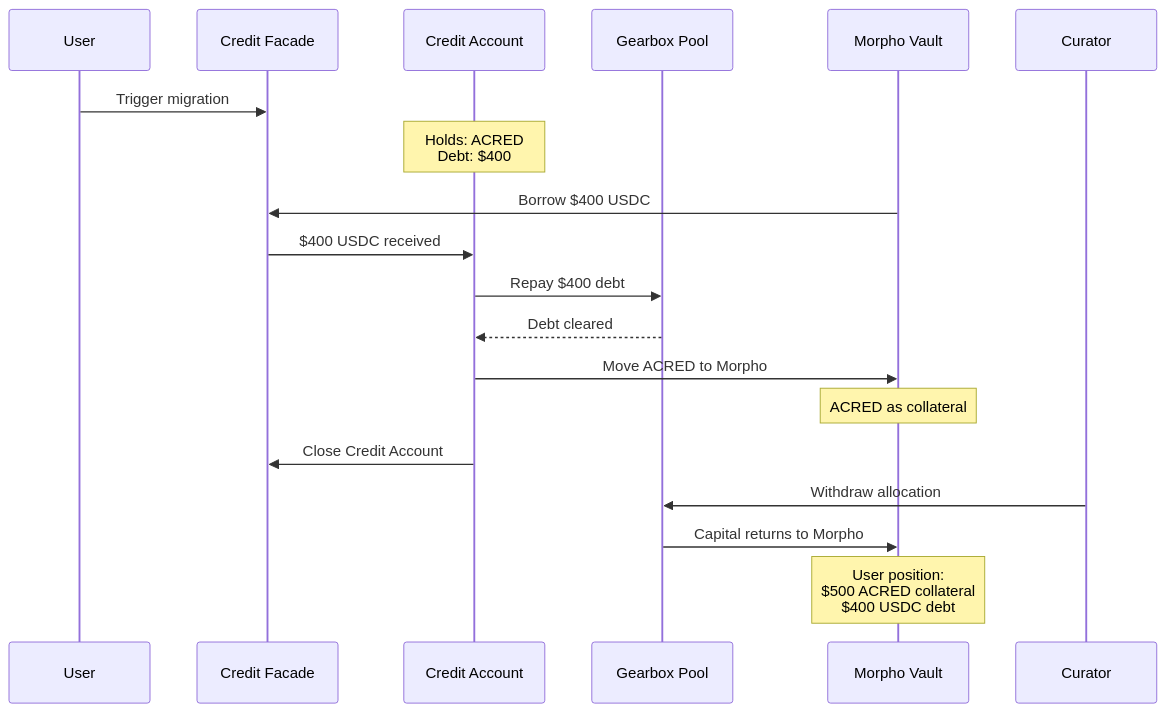
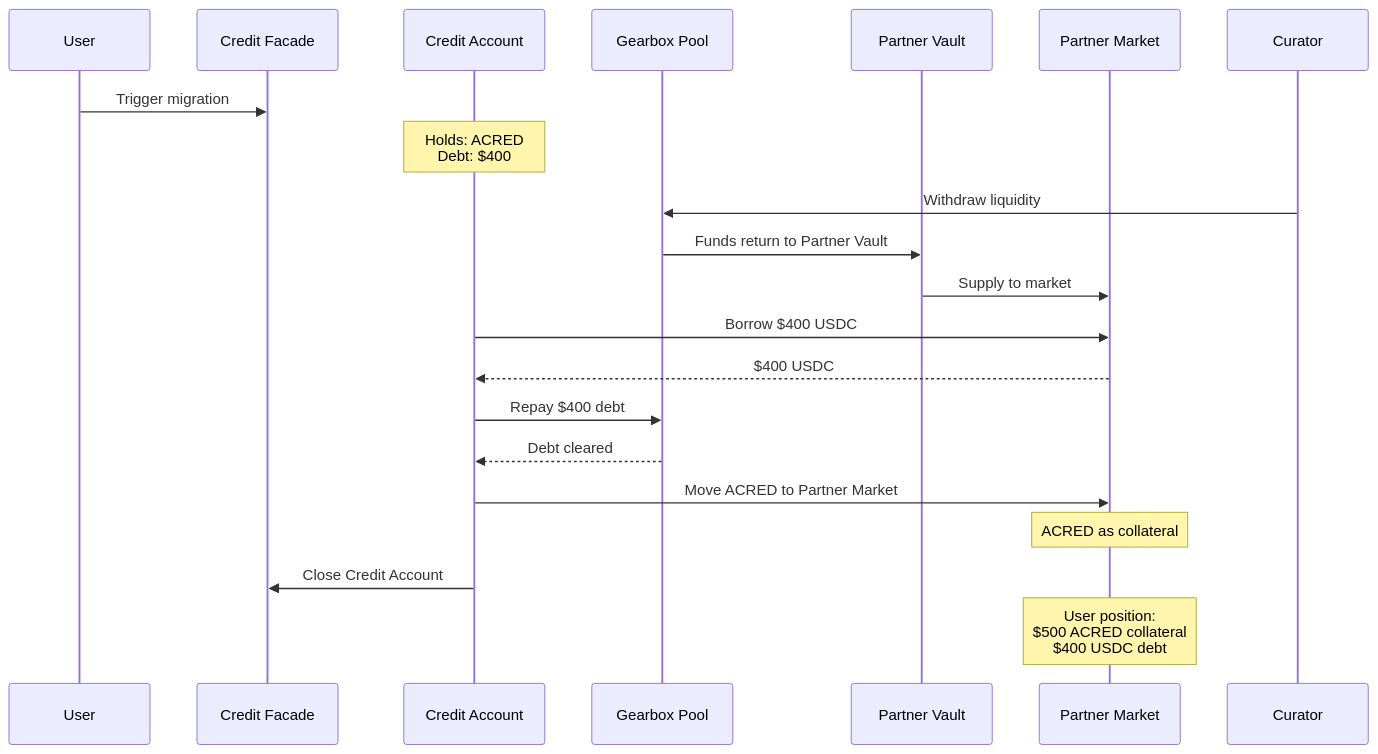
The sixth of 11 diagrams in reference/prime-brokerage-for-rwa-leverage.md (Gearbox-protocol/docs-knowledge), drawn with Mermaid before and after one commit. The commit also changed other lines of this file, not shown here.

````diff
--- a/reference/prime-brokerage-for-rwa-leverage.md
+++ b/reference/prime-brokerage-for-rwa-leverage.md
@@ -172,22 +213,24 @@
 ```mermaid
 sequenceDiagram
     participant U as User
     participant CF as Credit Facade
     participant CA as Credit Account
-    participant P as Gearbox Pool
-    participant MV as Morpho Vault
+    participant GP as Gearbox Pool
+    participant V as Partner Vault
+    participant M as Partner Market
     participant C as Curator
     
     U->>CF: Trigger migration
     Note over CA: Holds: ACRED<br/>Debt: $400
-    MV->>CF: Borrow $400 USDC
-    CF->>CA: $400 USDC received
-    CA->>P: Repay $400 debt
-    P-->>CA: Debt cleared
-    CA->>MV: Move ACRED to Morpho
-    Note over MV: ACRED as collateral
+    C->>GP: Withdraw liquidity
+    GP->>V: Funds return to Partner Vault
+    V->>M: Supply to market
+    CA->>M: Borrow $400 USDC
+    M-->>CA: $400 USDC
+    CA->>GP: Repay $400 debt
+    GP-->>CA: Debt cleared
+    CA->>M: Move ACRED to Partner Market
+    Note over M: ACRED as collateral
     CA->>CF: Close Credit Account
-    C->>P: Withdraw allocation
-    P->>MV: Capital returns to Morpho
-    Note over MV: User position:<br/>$500 ACRED collateral<br/>$400 USDC debt
+    Note over M: User position:<br/>$500 ACRED collateral<br/>$400 USDC debt
 ```
````
